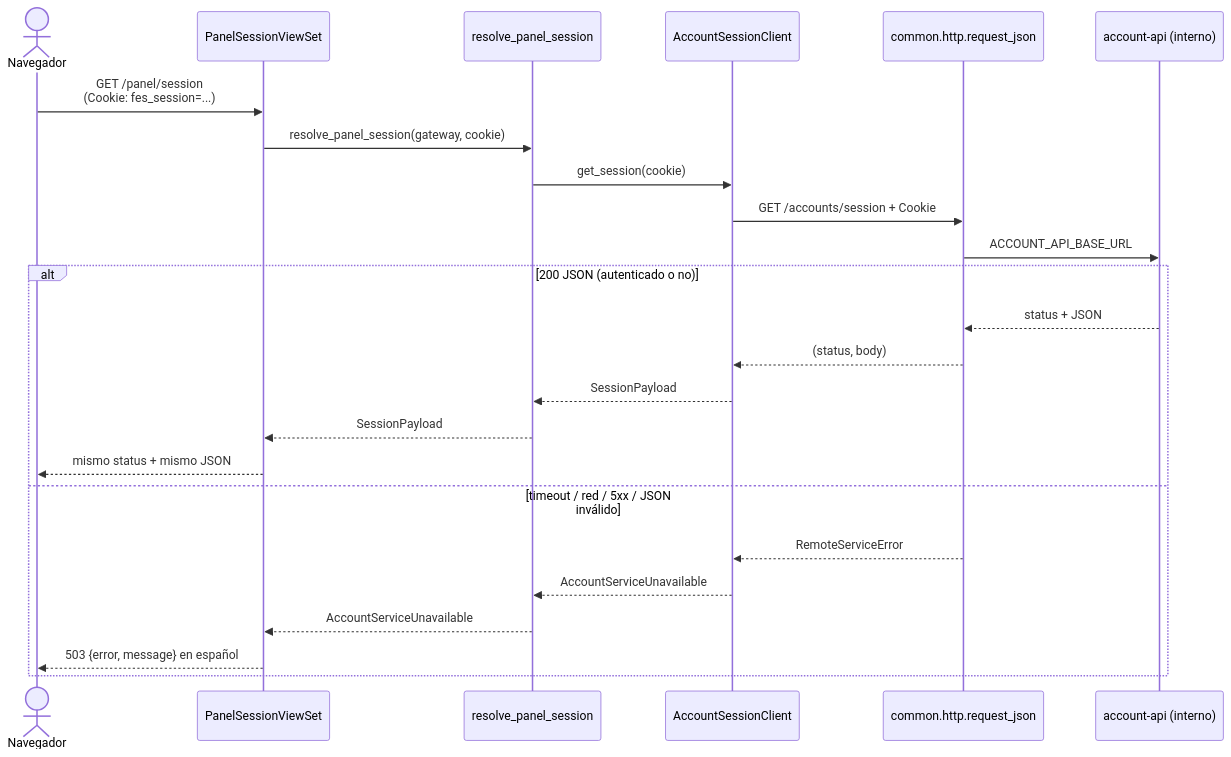
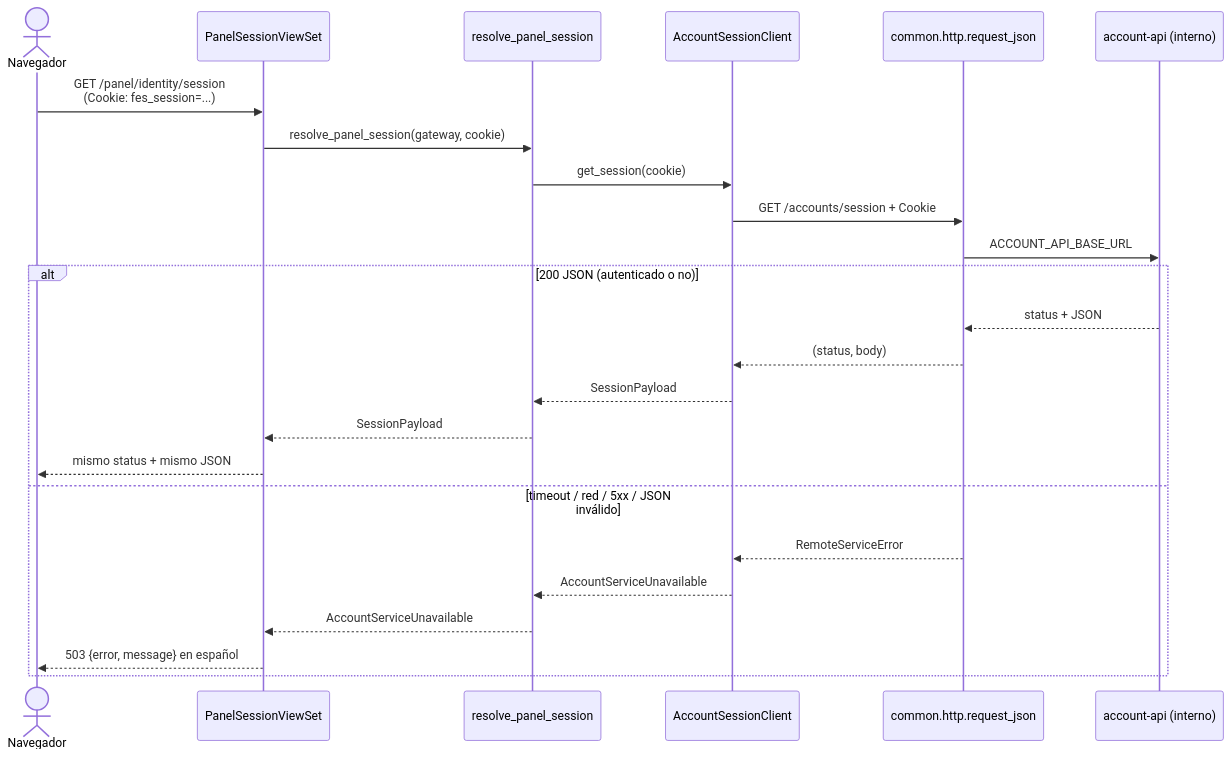
Before and after one commit to Dariosoft/fes-panel-api: the fourth of 5 diagrams in specs/001-feat-panel-session-login/uml.md, drawn with Mermaid. The commit also changed other lines of this file and 6 other files, not shown here.

Commit message:
Namespace panel identity routes

````diff
--- a/specs/001-feat-panel-session-login/uml.md
+++ b/specs/001-feat-panel-session-login/uml.md
@@ -212,27 +212,27 @@
 ```mermaid
 sequenceDiagram
   actor Browser as Navegador
   participant View as PanelSessionViewSet
   participant UC as resolve_panel_session
   participant Client as AccountSessionClient
   participant Http as common.http.request_json
   participant Accounts as account-api (interno)
 
-  Browser->>View: GET /panel/session<br/>(Cookie: fes_session=...)
+  Browser->>View: GET /panel/identity/session<br/>(Cookie: fes_session=...)
   View->>UC: resolve_panel_session(gateway, cookie)
   UC->>Client: get_session(cookie)
   Client->>Http: GET /accounts/session + Cookie
   Http->>Accounts: ACCOUNT_API_BASE_URL
   alt 200 JSON (autenticado o no)
     Accounts-->>Http: status + JSON
     Http-->>Client: (status, body)
     Client-->>UC: SessionPayload
     UC-->>View: SessionPayload
     View-->>Browser: mismo status + mismo JSON
   else timeout / red / 5xx / JSON inválido
     Http-->>Client: RemoteServiceError
     Client-->>UC: AccountServiceUnavailable
     UC-->>View: AccountServiceUnavailable
     View-->>Browser: 503 {error, message} en español
   end
 ```
````
